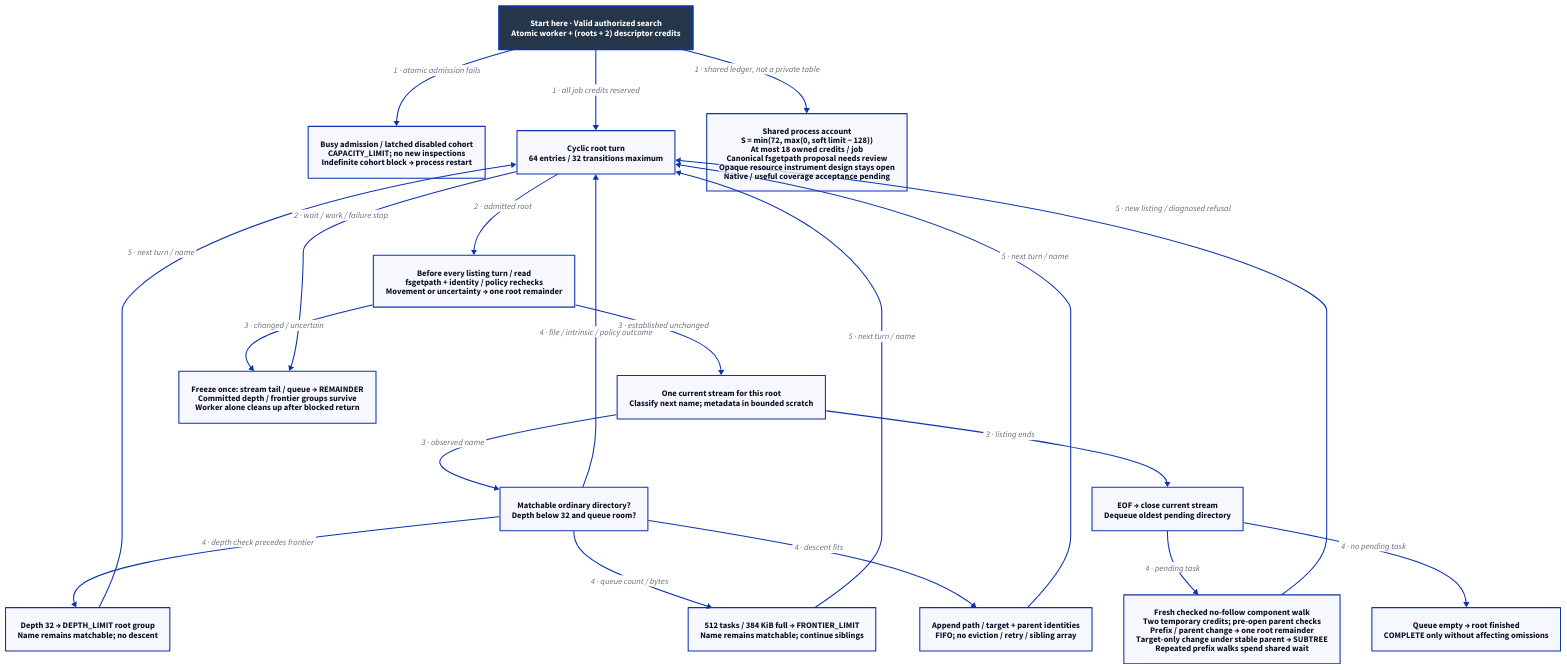
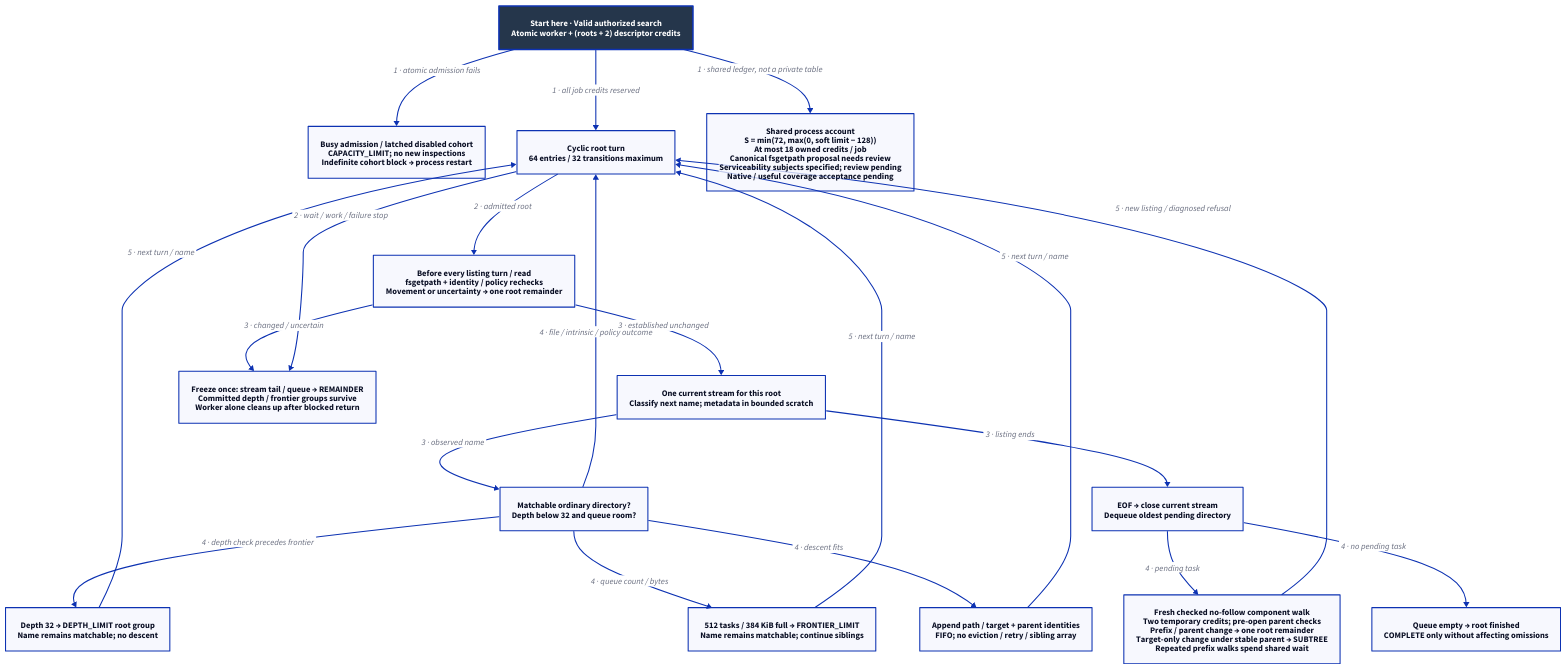
One commit to Linkuistics/Koine changed the diagram in docs/design/architecture/search-traversal.d2. Above: the diagram before and after it, drawn with D2. The commit also changed 26 other files, not shown here.

Commit message:
search-serviceability-subjects-k113; search-native-resources-k109: specify serviceability subjects

```diff
--- a/docs/design/architecture/search-traversal.d2
+++ b/docs/design/architecture/search-traversal.d2
@@ -1,38 +1,38 @@
 # Proposed per-root algorithm; process account is shared by every job/instance.
 direction: down
 classes: {
   start: {style: {fill: "#25364B"; font-color: "#FFFFFF"; bold: true; stroke-width: 3}}
 }
 Start: "Start here · Valid authorized search\nAtomic worker + (roots + 2) descriptor credits" {class: start}
 Refuse: "Busy admission / latched disabled cohort\nCAPACITY_LIMIT; no new inspections\nIndefinite cohort block → process restart"
 Cycle: "Cyclic root turn\n64 entries / 32 transitions maximum"
 Check: "Before every listing turn / read\nfsgetpath + identity / policy rechecks\nMovement or uncertainty → one root remainder"
 Stream: "One current stream for this root\nClassify next name; metadata in bounded scratch"
 Anchor: "Matchable ordinary directory?\nDepth below 32 and queue room?"
 Depth: "Depth 32 → DEPTH_LIMIT root group\nName remains matchable; no descent"
 Frontier: "512 tasks / 384 KiB full → FRONTIER_LIMIT\nName remains matchable; continue siblings"
 Queue: "Append path / target + parent identities\nFIFO; no eviction / retry / sibling array"
 EOF: "EOF → close current stream\nDequeue oldest pending directory"
 Done: "Queue empty → root finished\nCOMPLETE only without affecting omissions"
 Walk: "Fresh checked no-follow component walk\nTwo temporary credits; pre-open parent checks\nPrefix / parent change → one root remainder\nTarget-only change under stable parent → SUBTREE\nRepeated prefix walks spend shared wait"
 Stop: "Freeze once: stream tail / queue → REMAINDER\nCommitted depth / frontier groups survive\nWorker alone cleans up after blocked return"
-Limits: "Shared process account\nS = min(72, max(0, soft limit − 128))\nAt most 18 owned credits / job\nCanonical fsgetpath proposal needs review\nOpaque resource instrument design stays open\nNative / useful coverage acceptance pending"
+Limits: "Shared process account\nS = min(72, max(0, soft limit − 128))\nAt most 18 owned credits / job\nCanonical fsgetpath proposal needs review\nServiceability subjects specified; review pending\nNative / useful coverage acceptance pending"
 Start -> Refuse: "1 · atomic admission fails"
 Start -> Cycle: "1 · all job credits reserved"
 Start -> Limits: "1 · shared ledger, not a private table"
 Cycle -> Check: "2 · admitted root"
 Check -> Stream: "3 · established unchanged"
 Check -> Stop: "3 · changed / uncertain"
 Stream -> Anchor: "3 · observed name"
 Anchor -> Depth: "4 · depth check precedes frontier"
 Anchor -> Frontier: "4 · queue count / bytes"
 Anchor -> Queue: "4 · descent fits"
 Anchor -> Cycle: "4 · file / intrinsic / policy outcome"
 Depth -> Cycle: "5 · next turn / name"
 Frontier -> Cycle: "5 · next turn / name"
 Queue -> Cycle: "5 · next turn / name"
 Stream -> EOF: "3 · listing ends"
 EOF -> Walk: "4 · pending task"
 EOF -> Done: "4 · no pending task"
 Walk -> Cycle: "5 · new listing / diagnosed refusal"
 Cycle -> Stop: "2 · wait / work / failure stop"
```
